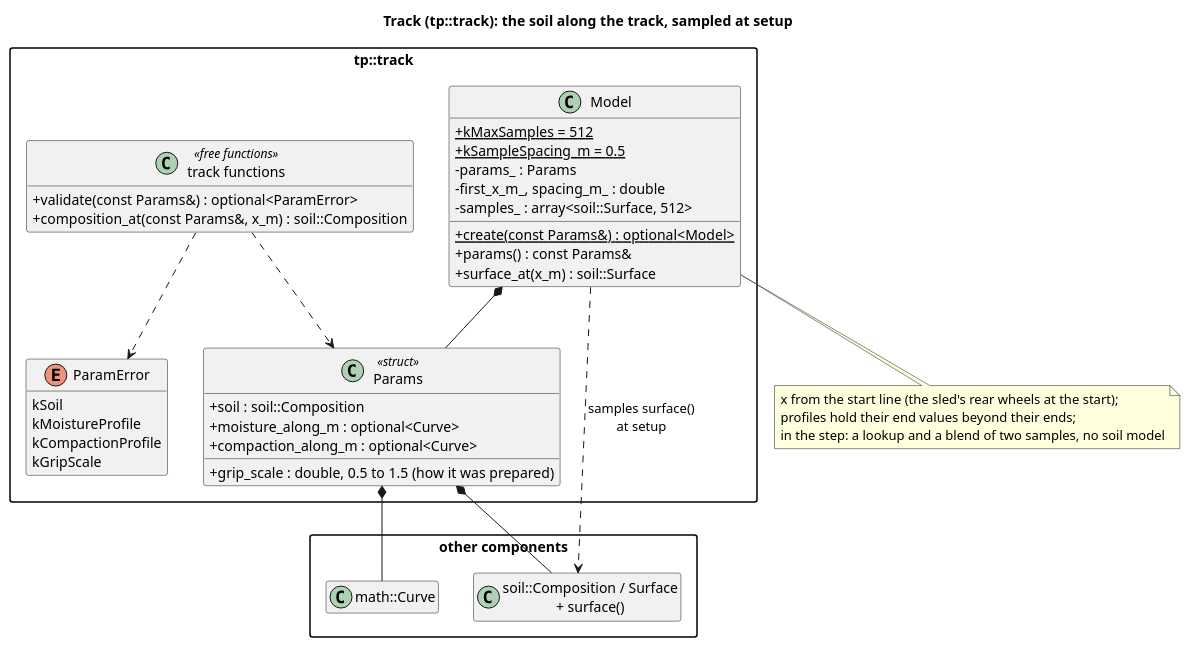
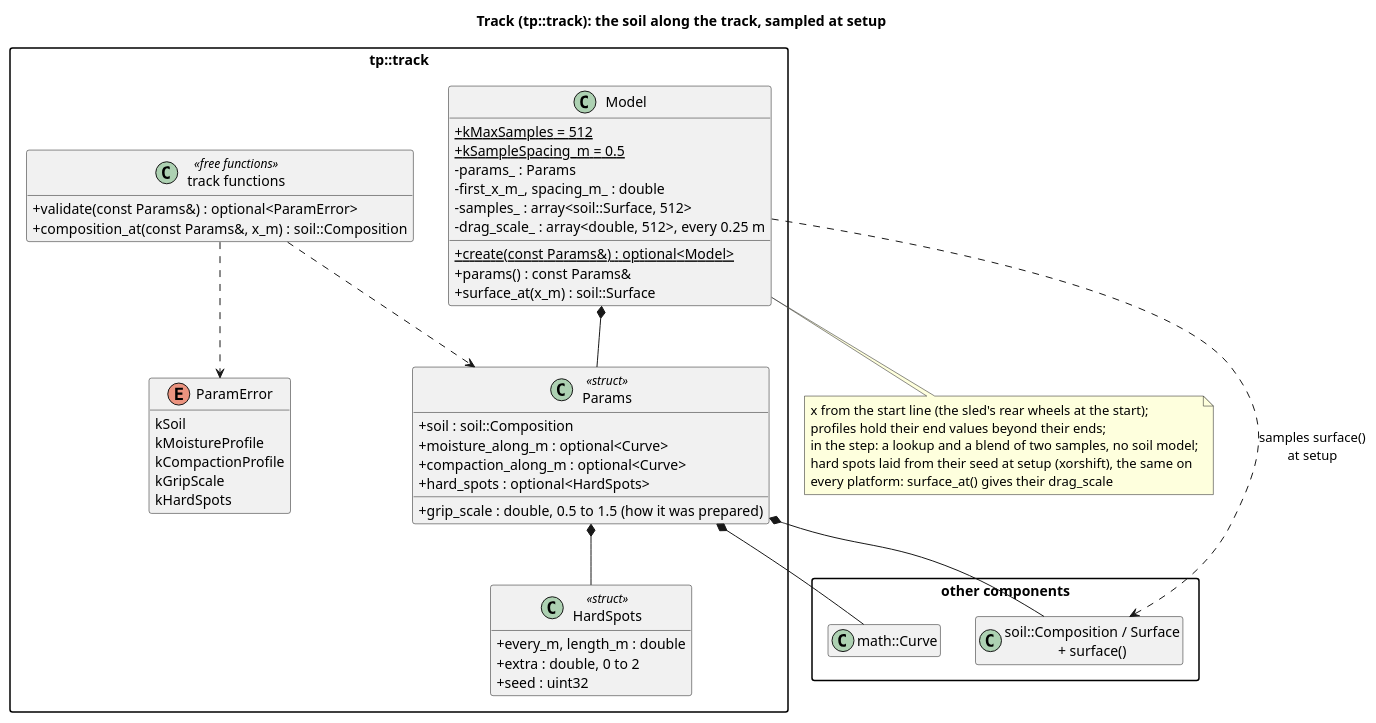
Before and after one commit to wversteeg/TractorPulling: the diagram in docs/diagrams/track_classes.puml, drawn with PlantUML. The commit also changed 13 other files, not shown here.

First line of the commit message:
Hard spots only on the dry, hard tracks; a pull test, docs

```diff
--- a/docs/diagrams/track_classes.puml
+++ b/docs/diagrams/track_classes.puml
@@ -1,51 +1,62 @@
 @startuml track_classes
 title Track (tp::track): the soil along the track, sampled at setup
 hide empty members
 skinparam packageStyle rectangle
 skinparam classAttributeIconSize 0
 
 package "other components" {
   class "soil::Composition / Surface\n+ surface()" as Soil
   class "math::Curve" as Curve
 }
 
 package "tp::track" {
   class Params <<struct>> {
     +soil : soil::Composition
     +moisture_along_m : optional<Curve>
     +compaction_along_m : optional<Curve>
     +grip_scale : double, 0.5 to 1.5 (how it was prepared)
+    +hard_spots : optional<HardSpots>
+  }
+  class HardSpots <<struct>> {
+    +every_m, length_m : double
+    +extra : double, 0 to 2
+    +seed : uint32
   }
   class Model {
     +{static} kMaxSamples = 512
     +{static} kSampleSpacing_m = 0.5
     -params_ : Params
     -first_x_m_, spacing_m_ : double
     -samples_ : array<soil::Surface, 512>
+    -drag_scale_ : array<double, 512>, every 0.25 m
     +{static} create(const Params&) : optional<Model>
     +params() : const Params&
     +surface_at(x_m) : soil::Surface
   }
   enum ParamError {
     kSoil
     kMoistureProfile
     kCompactionProfile
     kGripScale
+    kHardSpots
   }
   class "track functions" as TrackFns <<free functions>> {
     +validate(const Params&) : optional<ParamError>
     +composition_at(const Params&, x_m) : soil::Composition
   }
   Model *-- Params
+  Params *-- HardSpots
   TrackFns ..> Params
   TrackFns ..> ParamError
 }
 Params *-- Curve
 Params *-- Soil
 Model ..> Soil : samples surface()\nat setup
 note bottom of Model
   x from the start line (the sled's rear wheels at the start);
   profiles hold their end values beyond their ends;
-  in the step: a lookup and a blend of two samples, no soil model
+  in the step: a lookup and a blend of two samples, no soil model;
+  hard spots laid from their seed at setup (xorshift), the same on
+  every platform: surface_at() gives their drag_scale
 end note
 @enduml
```
